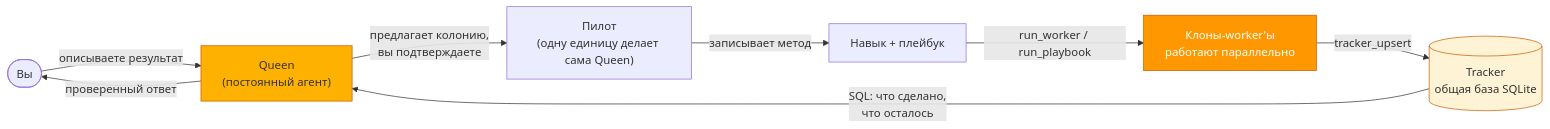
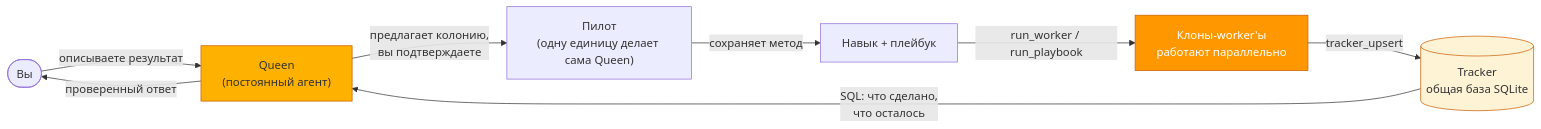
The diagram in docs/i18n/ru.md (23821/hive), drawn with Mermaid before and after one commit. The commit also changed other lines of this file and 6 other files, not shown here.

````diff
--- a/docs/i18n/ru.md
+++ b/docs/i18n/ru.md
@@ -76,14 +79,14 @@
 ```mermaid
 flowchart LR
     You(["Вы"]) -->|"описываете результат"| Queen["Queen<br/>(постоянный агент)"]
     Queen -->|"предлагает колонию,<br/>вы подтверждаете"| Pilot["Пилот<br/>(одну единицу делает сама Queen)"]
-    Pilot -->|"записывает метод"| Skill["Навык + плейбук"]
+    Pilot -->|"сохраняет метод"| Skill["Навык + плейбук"]
     Skill -->|"run_worker / run_playbook"| W["Клоны-worker'ы<br/>работают параллельно"]
     W -->|"tracker_upsert"| T[("Tracker<br/>общая база SQLite")]
     T -->|"SQL: что сделано,<br/>что осталось"| Queen
     Queen -->|"проверенный ответ"| You
 
     style Queen fill:#ffb100,stroke:#cc5d00,color:#333
     style T fill:#fff3d6,stroke:#cc5d00,color:#333
     style W fill:#ff9800,stroke:#cc5d00,color:#fff
 ```
````
